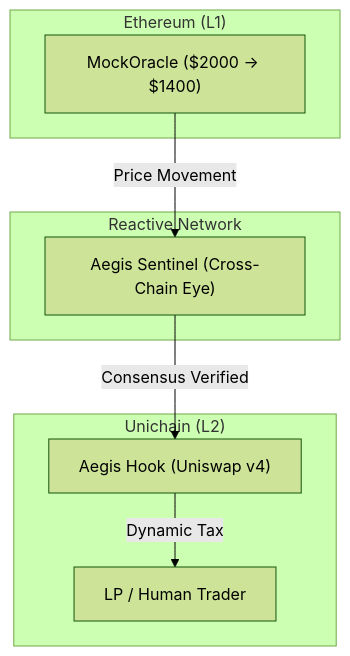
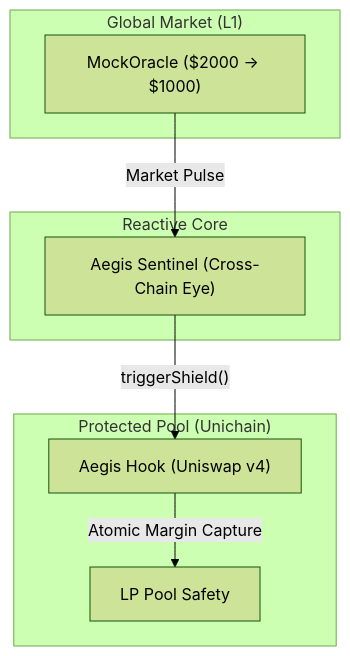
Before and after one commit to HACK3R-CRYPTO2/Aegis: the diagram in README.md, drawn with Mermaid (forest theme). The commit also changed other lines of this file and 20 other files, not shown here.

````diff
--- a/README.md
+++ b/README.md
@@ -47,19 +47,19 @@
 ```mermaid
 graph TD
-    subgraph "Ethereum (L1)"
-        O["MockOracle ($2000 -> $1400)"]
+    subgraph "Global Market (L1)"
+        O["MockOracle ($2000 -> $1000)"]
     end
 
-    subgraph "Reactive Network"
+    subgraph "Reactive Core"
         S["Aegis Sentinel (Cross-Chain Eye)"]
     end
 
-    subgraph "Unichain (L2)"
+    subgraph "Protected Pool (Unichain)"
         H["Aegis Hook (Uniswap v4)"]
-        U["LP / Human Trader"]
+        U["LP Pool Safety"]
     end
 
-    O -- "Price Movement" --> S
-    S -- "Consensus Verified" --> H
-    H -- "Dynamic Tax" --> U
+    O -- "Market Pulse" --> S
+    S -- "triggerShield()" --> H
+    H -- "Atomic Margin Capture" --> U
 ```
````
